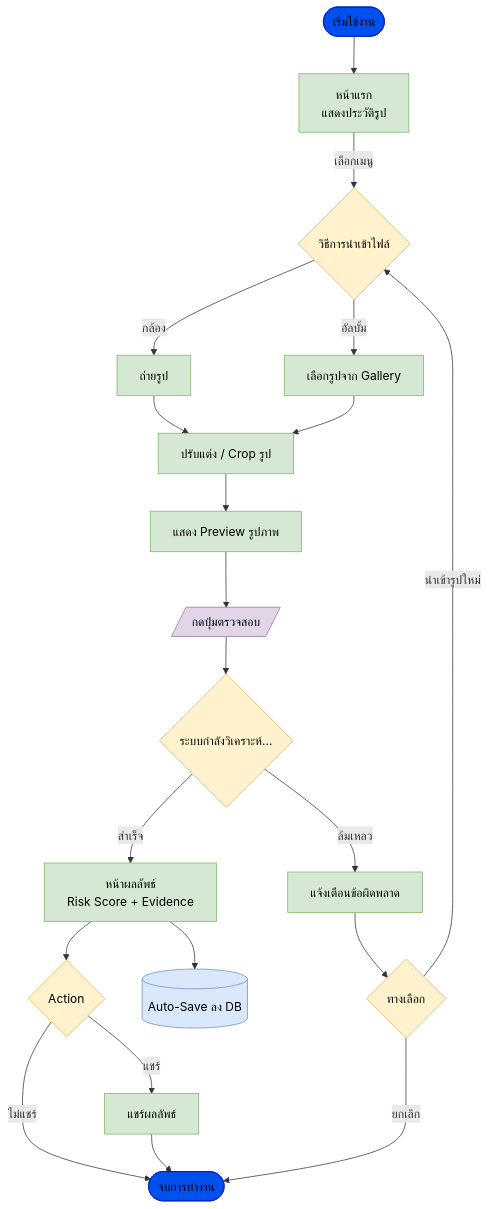
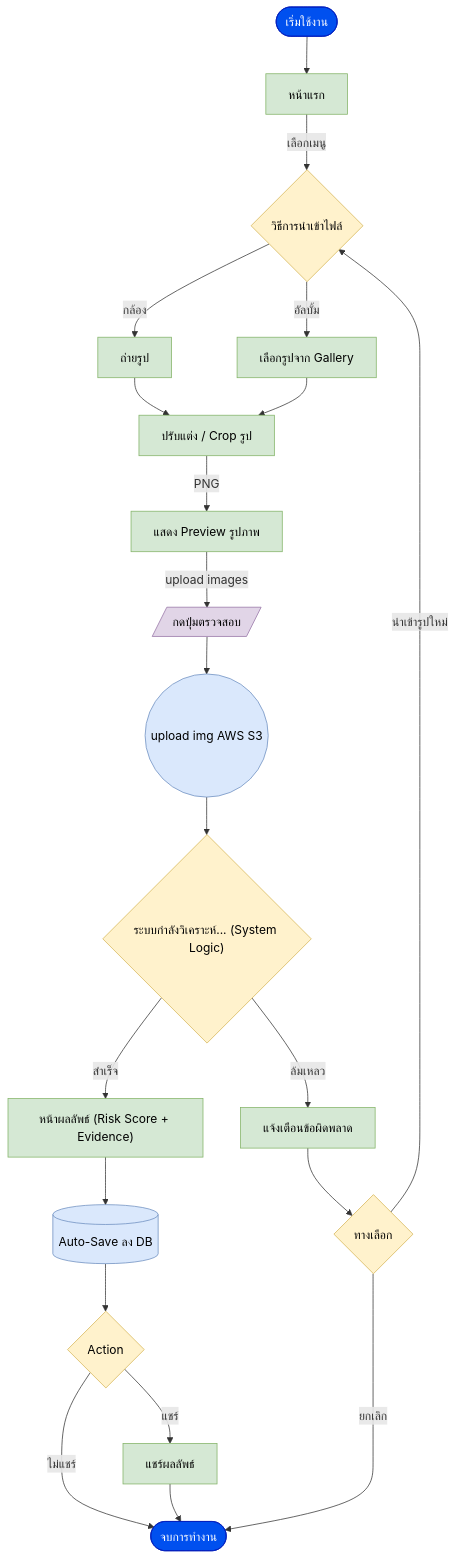
Before and after one commit to Panuwat-ta/project: the first of 2 diagrams in diagram/flowchart.md, drawn with Mermaid. The commit also changed other lines of this file and 3 other files, not shown here.

Commit message:
docs: update system logic and user flow diagrams in XML and Markdown formats.

````diff
--- a/diagram/flowchart.md
+++ b/diagram/flowchart.md
@@ -5,76 +5,46 @@
 ```mermaid
 graph TD
-    %% Nodes Definition
-    Start([เริ่มใช้งาน])
-    Home[หน้าแรก<br/>แสดงประวัติรูป]
-    ImportMethod{วิธีการนำเข้าไฟล์}
-    Camera[ถ่ายรูป]
-    Gallery[เลือกรูปจาก Gallery]
-    Edit[ปรับแต่ง / Crop รูป]
-    Preview[แสดง Preview รูปภาพ]
-    CheckBtn[/กดปุ่มตรวจสอบ/]
-    Analyzing{ระบบกำลังวิเคราะห์...}
+    Start([เริ่มใช้งาน]) --> Home[หน้าแรก]
+    Home -- "เลือกเมนู" --> ImportMethod{วิธีการนำเข้าไฟล์}
+    ImportMethod -- "กล้อง" --> Camera[ถ่ายรูป]
+    ImportMethod -- "อัลบั้ม" --> Gallery[เลือกรูปจาก Gallery]
     
-    Result[หน้าผลลัพธ์<br/>Risk Score + Evidence]
-    Error[แจ้งเตือนข้อผิดพลาด]
+    Camera --> Image[ปรับแต่ง / Crop รูป]
+    Gallery --> Image
     
-    Action{Action}
-    AutoSave[(Auto-Save ลง DB)]
-    Share[แชร์ผลลัพธ์]
+    Image -- "PNG" --> Preview[แสดง Preview รูปภาพ]
+    Preview -- "upload images" --> CheckBtn[/กดปุ่มตรวจสอบ/]
+    CheckBtn --> S3(("upload img AWS S3"))
     
-    Options{ทางเลือก}
-    End([จบการทำงาน])
-
-    %% Flow Connections
-    Start --> Home
-    Home -- "เลือกเมนู" --> ImportMethod
+    S3 --> Analyzing{"ระบบกำลังวิเคราะห์... (System Logic)"}
     
-    ImportMethod -- "กล้อง" --> Camera
-    ImportMethod -- "อัลบั้ม" --> Gallery
+    Analyzing -- "สำเร็จ" --> Result["หน้าผลลัพธ์ (Risk Score + Evidence)"]
+    Analyzing -- "ล้มเหลว" --> Error[แจ้งเตือนข้อผิดพลาด]
     
-    Camera --> Edit
-    Gallery --> Edit
-    Edit --> Preview
-    Preview --> CheckBtn
-    CheckBtn --> Analyzing
+    Result --> AutoSave[(Auto-Save ลง DB)]
     
-    %% Analysis Result Paths
-    Analyzing -- "สำเร็จ" --> Result
-    Analyzing -- "ล้มเหลว" --> Error
+    AutoSave --> Action{Action}
     
-    %% Success Flow
-    Result --> AutoSave
-    Result --> Action
-    Action -- "แชร์" --> Share
-    Action -- "ไม่แชร์" --> End
+    Action -- "แชร์" --> Share[แชร์ผลลัพธ์]
+    Action -- "ไม่แชร์" --> End([จบการทำงาน])
+    
     Share --> End
     
-    %% Error Flow
-    Error --> Options
+    Error --> Options{ทางเลือก}
     Options -- "นำเข้ารูปใหม่" --> ImportMethod
     Options -- "ยกเลิก" --> End
 
-    %% Styling with Black Text (color:#000)
-    classDef allText color:#000;
-    class Start,Home,ImportMethod,Camera,Gallery,Edit,Preview,CheckBtn,Analyzing,Result,Error,Action,AutoSave,Share,Options,End allText;
+    %% Styling
+    classDef blue fill:#0050ef,stroke:#001DBC,color:#fff
+    classDef green fill:#d5e8d4,stroke:#82b366,color:#000
+    classDef yellow fill:#fff2cc,stroke:#d6b656,color:#000
+    classDef purple fill:#e1d5e7,stroke:#9673a6,color:#000
+    classDef cloud fill:#dae8fc,stroke:#6c8ebf,color:#000
+    classDef error fill:#f8cecc,stroke:#b85450,color:#000
 
-    style Start fill:#0050ef,stroke:#001DBC
-    style End fill:#0050ef,stroke:#001DBC
-    
-    style Home fill:#d5e8d4,stroke:#82b366
-    style Camera fill:#d5e8d4,stroke:#82b366
-    style Gallery fill:#d5e8d4,stroke:#82b366
-    style Edit fill:#d5e8d4,stroke:#82b366
-    style Preview fill:#d5e8d4,stroke:#82b366
-    style Result fill:#d5e8d4,stroke:#82b366
-    style Error fill:#d5e8d4,stroke:#82b366
-    style Share fill:#d5e8d4,stroke:#82b366
-    
-    style ImportMethod fill:#fff2cc,stroke:#d6b656
-    style Analyzing fill:#fff2cc,stroke:#d6b656
-    style Action fill:#fff2cc,stroke:#d6b656
-    style Options fill:#fff2cc,stroke:#d6b656
-    
-    style CheckBtn fill:#e1d5e7,stroke:#9673a6
-    style AutoSave fill:#dae8fc,stroke:#6c8ebf
+    class Start,End blue
+    class Home,Camera,Gallery,Image,Preview,Result,Error,Share green
+    class ImportMethod,Analyzing,Action,Options yellow
+    class CheckBtn,RetCache,Gen purple
+    class S3,AutoSave cloud
 ```
````
